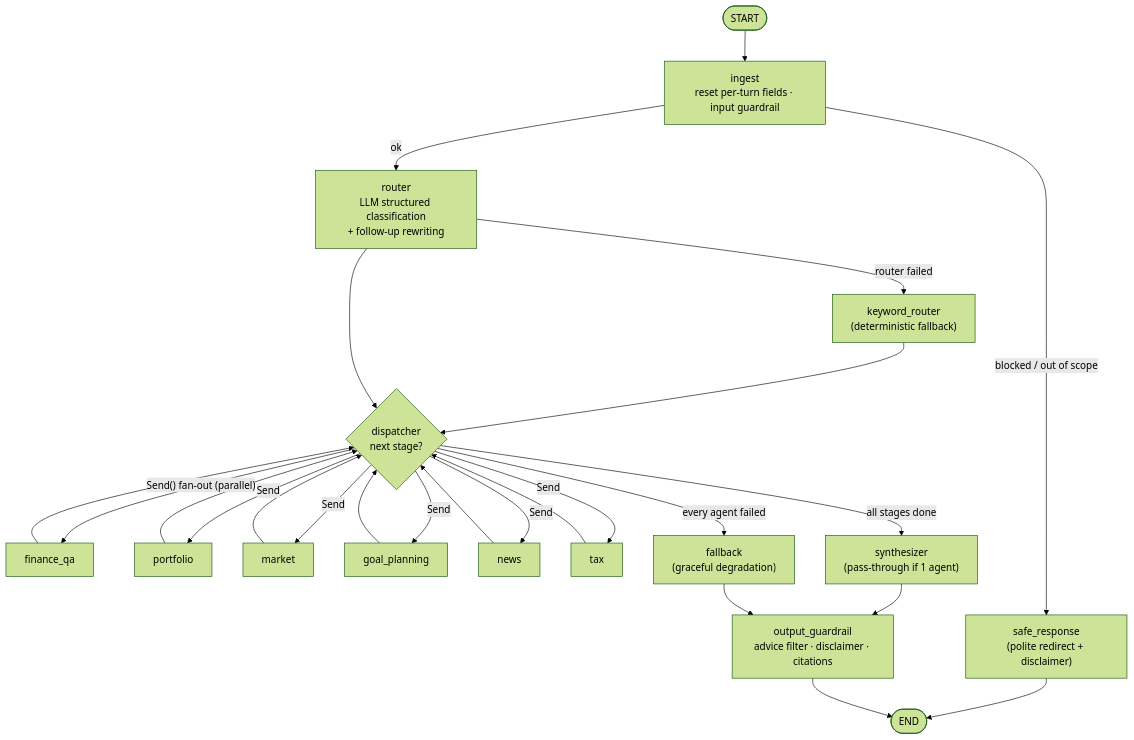
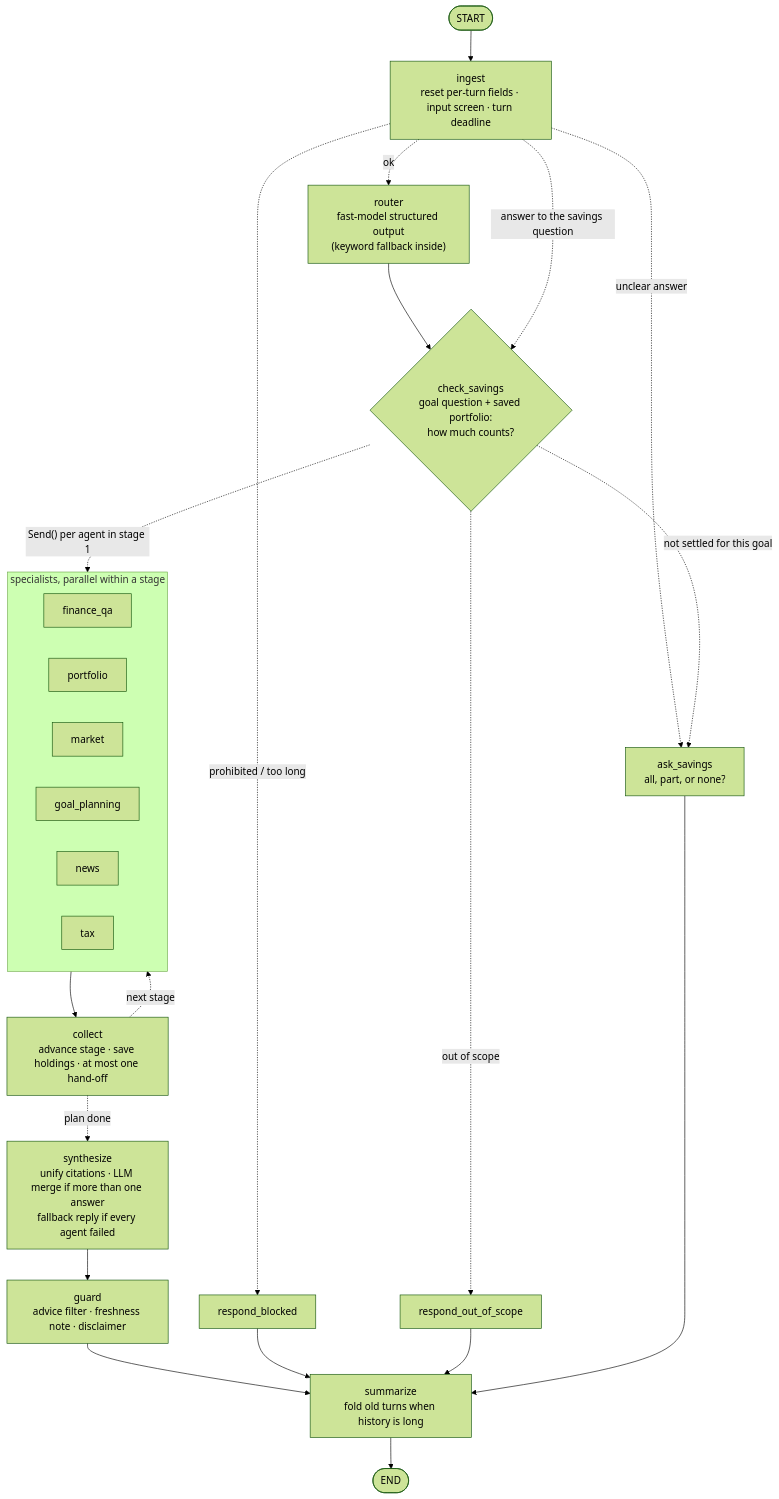
One commit to adammazhar/finnie-ai-finance-assistant changed the second of 6 diagrams in docs/DESIGN.md. Above: the diagram before and after it, drawn with Mermaid (forest theme). The commit also changed other lines of this file and 32 other files, not shown here.

````diff
--- a/docs/DESIGN.md
+++ b/docs/DESIGN.md
@@ -108,22 +110,29 @@
 ```mermaid
 flowchart TD
-    START([START]) --> ingest["ingest<br/>reset per-turn fields · input guardrail"]
-    ingest -->|blocked / out of scope| refuse["safe_response<br/>(polite redirect + disclaimer)"]
-    ingest -->|ok| router["router<br/>LLM structured classification<br/>+ follow-up rewriting"]
-    router -->|router failed| kw["keyword_router<br/>(deterministic fallback)"]
-    kw --> dispatch
-    router --> dispatch{"dispatcher<br/>next stage?"}
-    dispatch -- "Send() fan-out (parallel)" --> qa[finance_qa]
-    dispatch -- Send --> pf[portfolio]
-    dispatch -- Send --> mk[market]
-    dispatch -- Send --> gp[goal_planning]
-    dispatch -- Send --> nw[news]
-    dispatch -- Send --> tx[tax]
-    qa & pf & mk & gp & nw & tx --> dispatch
-    dispatch -->|all stages done| synth["synthesizer<br/>(pass-through if 1 agent)"]
-    dispatch -->|every agent failed| fallback["fallback<br/>(graceful degradation)"]
-    synth --> outg["output_guardrail<br/>advice filter · disclaimer · citations"]
-    fallback --> outg
-    refuse --> END([END])
-    outg --> END
+    START([START]) --> ingest["ingest<br/>reset per-turn fields · input screen · turn deadline"]
+    ingest -.->|prohibited / too long| blocked["respond_blocked"]
+    ingest -.->|ok| router["router<br/>fast-model structured output<br/>(keyword fallback inside)"]
+    router --> savings{"check_savings<br/>goal question + saved portfolio:<br/>how much counts?"}
+    ingest -.->|answer to the savings question| savings
+    ingest -.->|unclear answer| ask
+    savings -.->|not settled for this goal| ask["ask_savings<br/>all, part, or none?"]
+    savings -.->|out of scope| oos["respond_out_of_scope"]
+    savings -.->|"Send() per agent in stage 1"| agents
+    subgraph agents [specialists, parallel within a stage]
+        qa[finance_qa]
+        pf[portfolio]
+        mk[market]
+        gp[goal_planning]
+        nw[news]
+        tx[tax]
+    end
+    agents --> collect["collect<br/>advance stage · save holdings · at most one hand-off"]
+    collect -.->|next stage| agents
+    collect -.->|plan done| synth["synthesize<br/>unify citations · LLM merge if more than one answer<br/>fallback reply if every agent failed"]
+    synth --> guard["guard<br/>advice filter · freshness note · disclaimer"]
+    guard --> summarize["summarize<br/>fold old turns when history is long"]
+    blocked --> summarize
+    oos --> summarize
+    ask --> summarize
+    summarize --> END([END])
 ```
````
